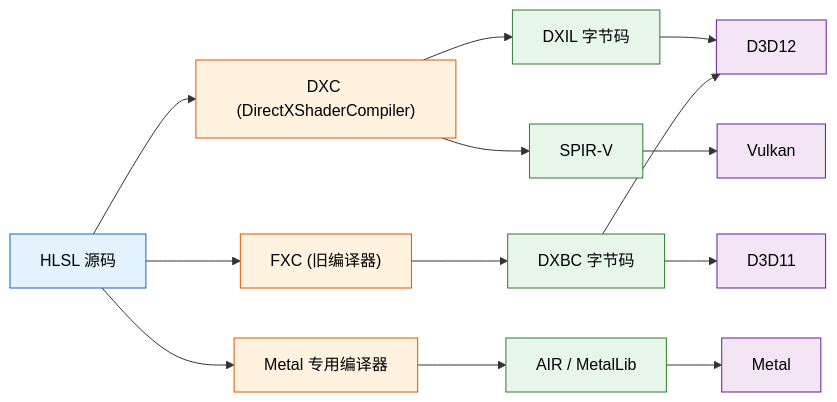
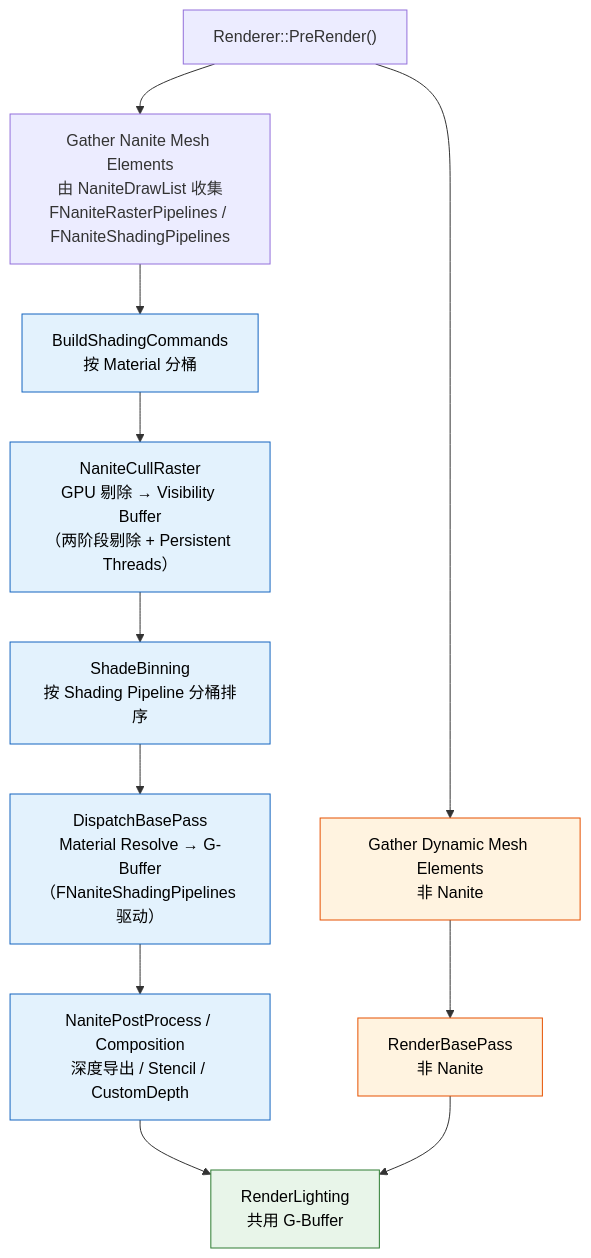
Before and after one commit to MotionlessPeri/agent_coding_guidelines: the first of 3 diagrams in references/ue-rendering/card-05-rhi.md, drawn with Mermaid. The commit also changed other lines of this file and 8 other files, not shown here.

````diff
--- a/references/ue-rendering/card-05-rhi.md
+++ b/references/ue-rendering/card-05-rhi.md
@@ -405,43 +133,19 @@
 ```mermaid
-flowchart LR
-    HLSL["HLSL 源码"]
-
-    DXC["DXC (DirectXShaderCompiler)"]
-    FXC["FXC (旧编译器)"]
-    METAL["Metal 专用编译器"]
-
-    DXIL["DXIL 字节码"]
-    SPIRV["SPIR-V"]
-    DXBC["DXBC 字节码"]
-    AIR["AIR / MetalLib"]
-
-    D3D12["D3D12"]
-    D3D11["D3D11"]
-    VULKAN["Vulkan"]
-    METALOUT["Metal"]
-
-    HLSL --> DXC
-    HLSL --> FXC
-    HLSL --> METAL
-
-    DXC --> DXIL
-    DXC --> SPIRV
-    FXC --> DXBC
-    METAL --> AIR
-
-    DXIL --> D3D12
-    DXBC --> D3D11
-    DXBC --> D3D12
-    SPIRV --> VULKAN
-    AIR --> METALOUT
-
-    classDef hlsl fill:#e3f2fd,stroke:#1565c0,color:#000
-    classDef compiler fill:#fff3e0,stroke:#e65100,color:#000
-    classDef output fill:#e8f5e9,stroke:#2e7d32,color:#000
-    classDef target fill:#f3e5f5,stroke:#6a1b9a,color:#000
-
-    class HLSL hlsl
-    class DXC,FXC,METAL compiler
-    class DXIL,SPIRV,DXBC,AIR output
-    class D3D12,D3D11,VULKAN,METALOUT target
+flowchart TB
+    A["Renderer::PreRender()"] --> B["Gather Dynamic Mesh Elements<br/>非 Nanite"]
+    A --> C["Gather Nanite Mesh Elements<br/>由 NaniteDrawList 收集<br/>FNaniteRasterPipelines / FNaniteShadingPipelines"]
+    C --> D["BuildShadingCommands<br/>按 Material 分桶"]
+    D --> E["NaniteCullRaster<br/>GPU 剔除 → Visibility Buffer<br/>（两阶段剔除 + Persistent Threads）"]
+    E --> F["ShadeBinning<br/>按 Shading Pipeline 分桶排序"]
+    F --> G["DispatchBasePass<br/>Material Resolve → G-Buffer<br/>（FNaniteShadingPipelines 驱动）"]
+    G --> H["NanitePostProcess / Composition<br/>深度导出 / Stencil / CustomDepth"]
+    B --> I["RenderBasePass<br/>非 Nanite"]
+    H --> J["RenderLighting<br/>共用 G-Buffer"]
+    I --> J
+    classDef nanite fill:#e3f2fd,stroke:#1565c0,color:#000
+    classDef legacy fill:#fff3e0,stroke:#e65100,color:#000
+    classDef shared fill:#e8f5e9,stroke:#2e7d32,color:#000
+    class D,E,F,G,H nanite
+    class B,I legacy
+    class J shared
 ```
````
